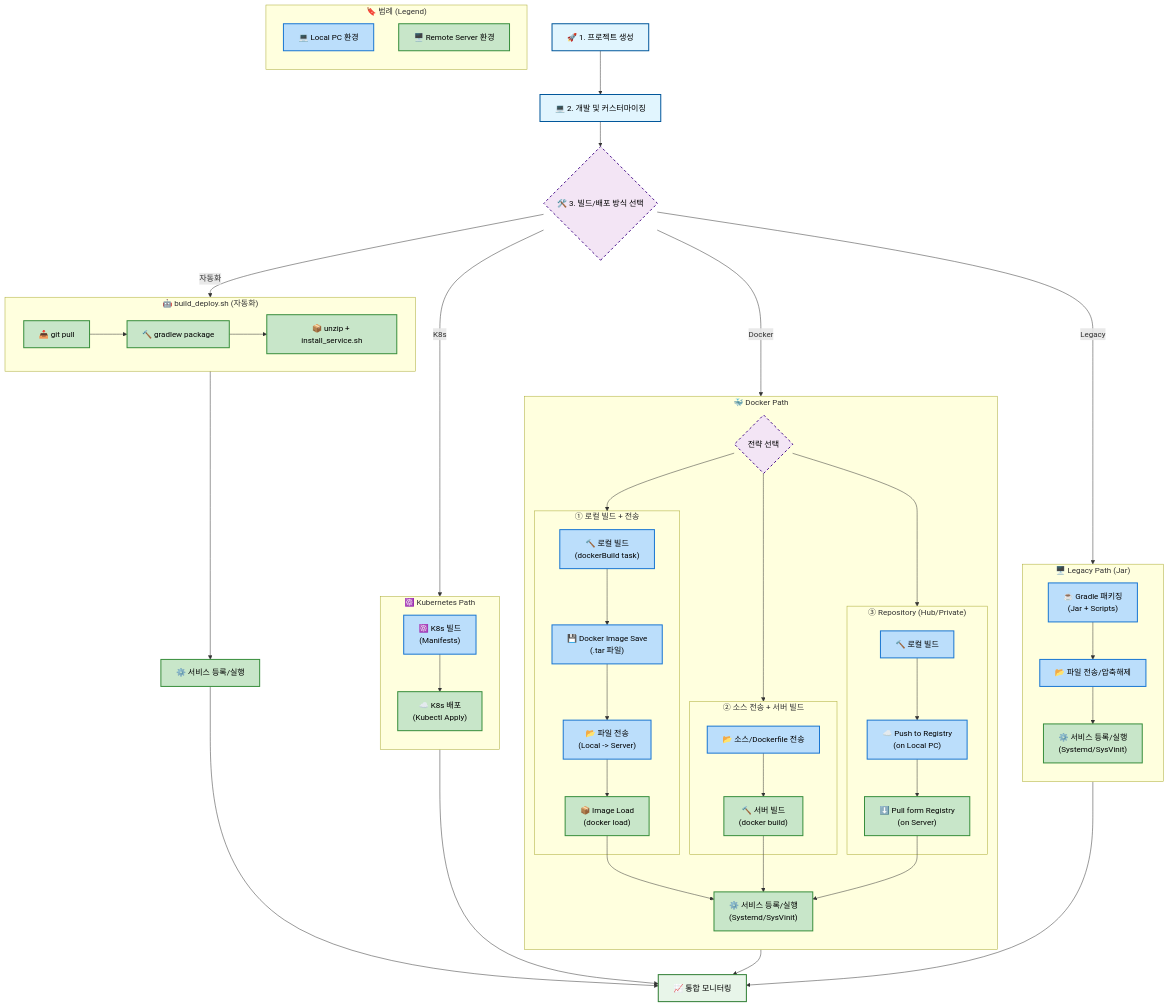
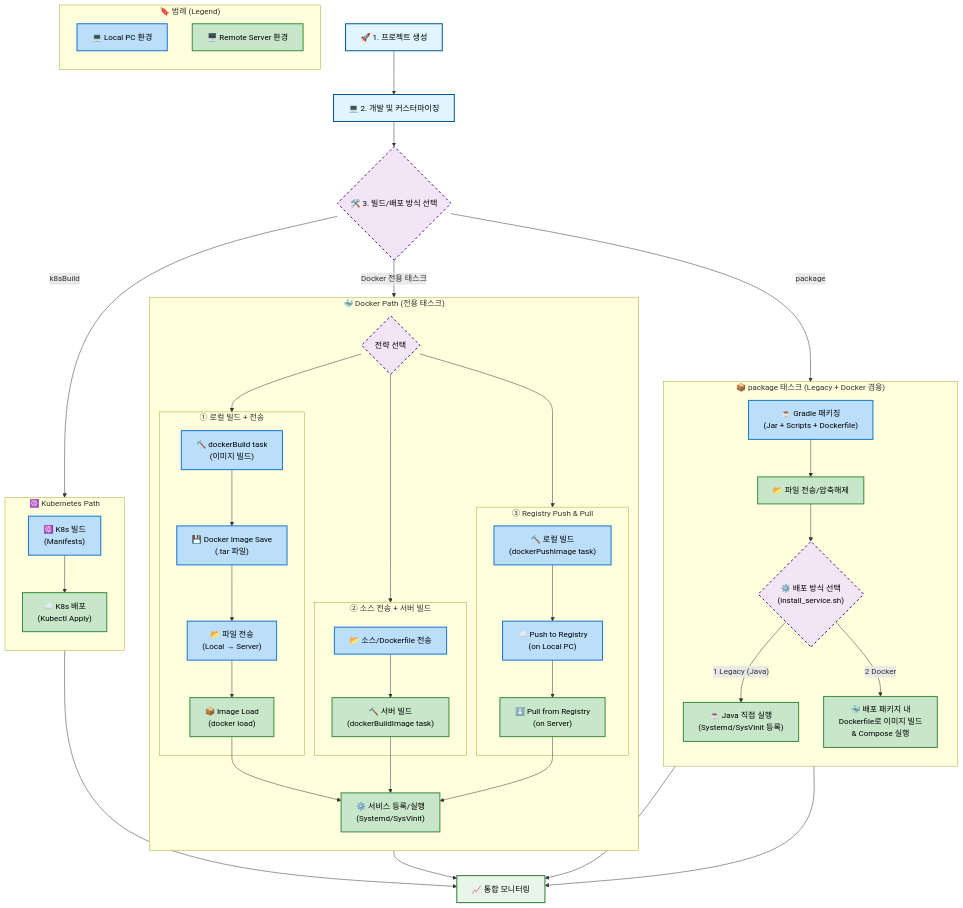
The first of 2 diagrams in README.md (MJ-Youn/build-template), drawn with Mermaid before and after one commit. The commit also changed other lines of this file, not shown here.

Commit message:
diagram 수정

````diff
--- a/README.md
+++ b/README.md
@@ -340,34 +341,26 @@
     Start["🚀 1. 프로젝트 생성"] --> Dev["💻 2. 개발 및 커스터마이징"]
     Dev --> BuildSelect{"🛠️ 3. 빌드/배포 방식 선택"}
 
-    %% 자동화 스크립트 (build_deploy.sh)
-    subgraph AutoScript ["🤖 build_deploy.sh (자동화)"]
-        direction LR
-        AS1["📥 git pull"] --> AS2["🔨 gradlew package"]
-        AS2 --> AS3["📦 unzip + install_service.sh"]
+    %% 서브그래프: package 태스크 (Legacy + Docker 겸용)
+    subgraph PackagePath ["📦 package 태스크 (Legacy + Docker 겸용)"]
+        direction TB
+        LegacyBuild["☕ Gradle 패키징<br/>(Jar + Scripts + Dockerfile)"]
+        LegacyBuild --> LegacyTrans["📂 파일 전송/압축해제"]
+        LegacyTrans --> InstallSelect{"⚙️ 배포 방식 선택<br/>(install_service.sh)"}
+        InstallSelect -->|"1 Legacy (Java)"| LegacyRun["☕ Java 직접 실행<br/>(Systemd/SysVinit 등록)"]
+        InstallSelect -->|"2 Docker"| PkgDocker["🐳 배포 패키지 내<br/>Dockerfile로 이미지 빌드<br/>& Compose 실행"]
     end
 
-    BuildSelect -->|자동화| AutoScript
-    AutoScript --> LegacyDeploy2["⚙️ 서비스 등록/실행"]
-
-    %% 서브그래프: Legacy
-    subgraph Legacy ["🖥️ Legacy Path (Jar)"]
-        direction TB
-        LegacyBuild["☕ Gradle 패키징<br/>(Jar + Scripts)"]
-        LegacyBuild --> LegacyTrans["📂 파일 전송/압축해제"]
-        LegacyTrans --> LegacyDeploy["⚙️ 서비스 등록/실행<br/>(Systemd/SysVinit)"]
-    end
-
-    %% 서브그래프: Docker Strategies
-    subgraph Docker ["🐳 Docker Path"]
+    %% 서브그래프: Docker 전용 전략
+    subgraph DockerPath ["🐳 Docker Path (전용 태스크)"]
         direction TB
         DockerDecide{"전략 선택"}
 
         %% Strategy 1: Local Image
         subgraph DockerOpt1 ["① 로컬 빌드 + 전송"]
-            D1_Build["🔨 로컬 빌드<br/>(dockerBuild task)"]
+            D1_Build["🔨 dockerBuild task<br/>(이미지 빌드)"]
             D1_Save["💾 Docker Image Save<br/>(.tar 파일)"]
-            D1_Trans["📂 파일 전송<br/>(Local -> Server)"]
+            D1_Trans["📂 파일 전송<br/>(Local → Server)"]
             D1_Load["📦 Image Load<br/>(docker load)"]
 
             D1_Build --> D1_Save --> D1_Trans --> D1_Load
@@ -376,16 +369,16 @@
         %% Strategy 2: Source Transfer
         subgraph DockerOpt2 ["② 소스 전송 + 서버 빌드"]
             D2_Trans["📂 소스/Dockerfile 전송"]
-            D2_Build["🔨 서버 빌드<br/>(docker build)"]
+            D2_Build["🔨 서버 빌드<br/>(dockerBuildImage task)"]
 
             D2_Trans --> D2_Build
         end
 
         %% Strategy 3: Repository
-        subgraph DockerOpt3 ["③ Repository (Hub/Private)"]
-            D3_Build["🔨 로컬 빌드"]
+        subgraph DockerOpt3 ["③ Registry Push & Pull"]
+            D3_Build["🔨 로컬 빌드<br/>(dockerPushImage task)"]
             D3_Push["☁️ Push to Registry<br/>(on Local PC)"]
-            D3_Pull["⬇️ Pull form Registry<br/>(on Server)"]
+            D3_Pull["⬇️ Pull from Registry<br/>(on Server)"]
 
             D3_Build --> D3_Push --> D3_Pull
         end
@@ -407,12 +400,12 @@
     end
 
     %% 메인 연결
-    BuildSelect -->|Legacy| LegacyBuild
-    BuildSelect -->|Docker| DockerDecide
-    BuildSelect -->|K8s| K8sBuild
+    BuildSelect -->|"package"| LegacyBuild
+    BuildSelect -->|"Docker 전용 태스크"| DockerDecide
+    BuildSelect -->|"k8sBuild"| K8sBuild
 
-    LegacyDeploy --> Monitor["📈 통합 모니터링"]
-    LegacyDeploy2 --> Monitor
+    LegacyRun --> Monitor["📈 통합 모니터링"]
+    PkgDocker --> Monitor
     DockerService --> Monitor
     K8sDeploy --> Monitor
 
@@ -437,11 +430,11 @@
     classDef remote_env fill:#C8E6C9,stroke:#388E3C,stroke-width:2px,color:#000;
 
     class Start,Dev start;
-    class BuildSelect,DockerDecide decision;
+    class BuildSelect,DockerDecide,InstallSelect, decision;
     class Monitor endNode;
 
     %% Nodes & Legend Styling (Local vs Remote)
-    class LegacyBuild,LegacyTrans,K8sBuild,D1_Build,D1_Save,D1_Trans,D2_Trans,D3_Build,D3_Push,L1 local_env;
-    class LegacyDeploy,LegacyDeploy2,K8sDeploy,D1_Load,D2_Build,D3_Pull,DockerService,L2 remote_env;
+    class LegacyBuild,K8sBuild,D1_Build,D1_Save,D1_Trans,D2_Trans,D3_Build,D3_Push,L1 local_env;
+    class LegacyTrans,LegacyRun,PkgDocker,K8sDeploy,D1_Load,D2_Build,D3_Pull,DockerService,L2 remote_env;
     class AS1,AS2,AS3 remote_env;
 ```
````
